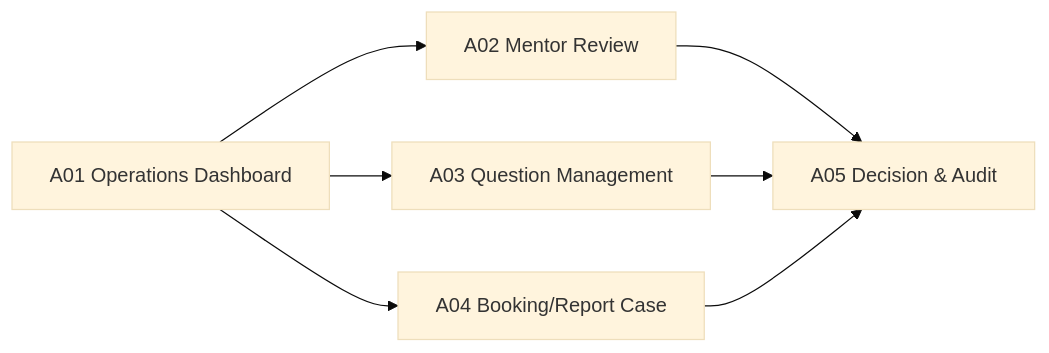
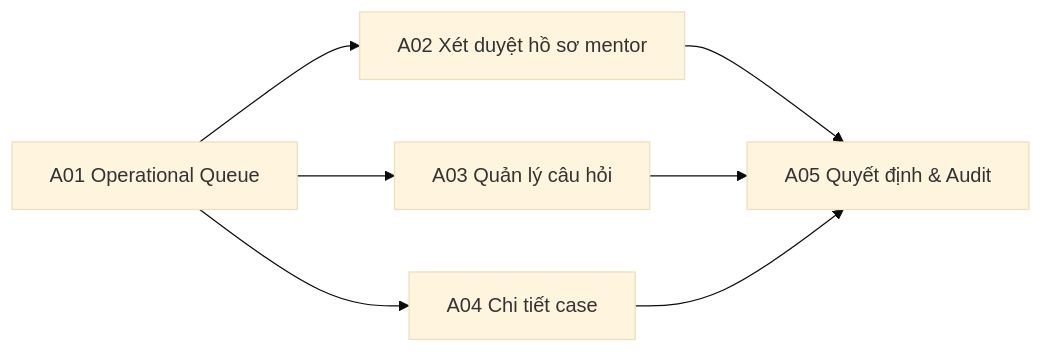
The fourth of 4 diagrams in docs/Project_Prototype/Prototype_Workflow.md (tnnhuaa/InterviewQuestionBank), drawn with Mermaid (base theme) before and after one commit. The commit also changed other lines of this file, not shown here.

Commit message:
feat: Update prototype workflow documentation with revised persona flows and screen details

````diff
--- a/docs/Project_Prototype/Prototype_Workflow.md
+++ b/docs/Project_Prototype/Prototype_Workflow.md
@@ -230,9 +269,9 @@
 ```mermaid
 flowchart LR
-    A01["A01 Operations Dashboard"] --> A02["A02 Mentor Review"]
-    A01 --> A03["A03 Question Management"]
-    A01 --> A04["A04 Booking/Report Case"]
-    A02 --> A05["A05 Decision & Audit"]
+    A01["A01 Operational Queue"] --> A02["A02 Xét duyệt hồ sơ mentor"]
+    A01 --> A03["A03 Quản lý câu hỏi"]
+    A01 --> A04["A04 Chi tiết case"]
+    A02 --> A05["A05 Quyết định & Audit"]
     A03 --> A05
     A04 --> A05
 ```
````
